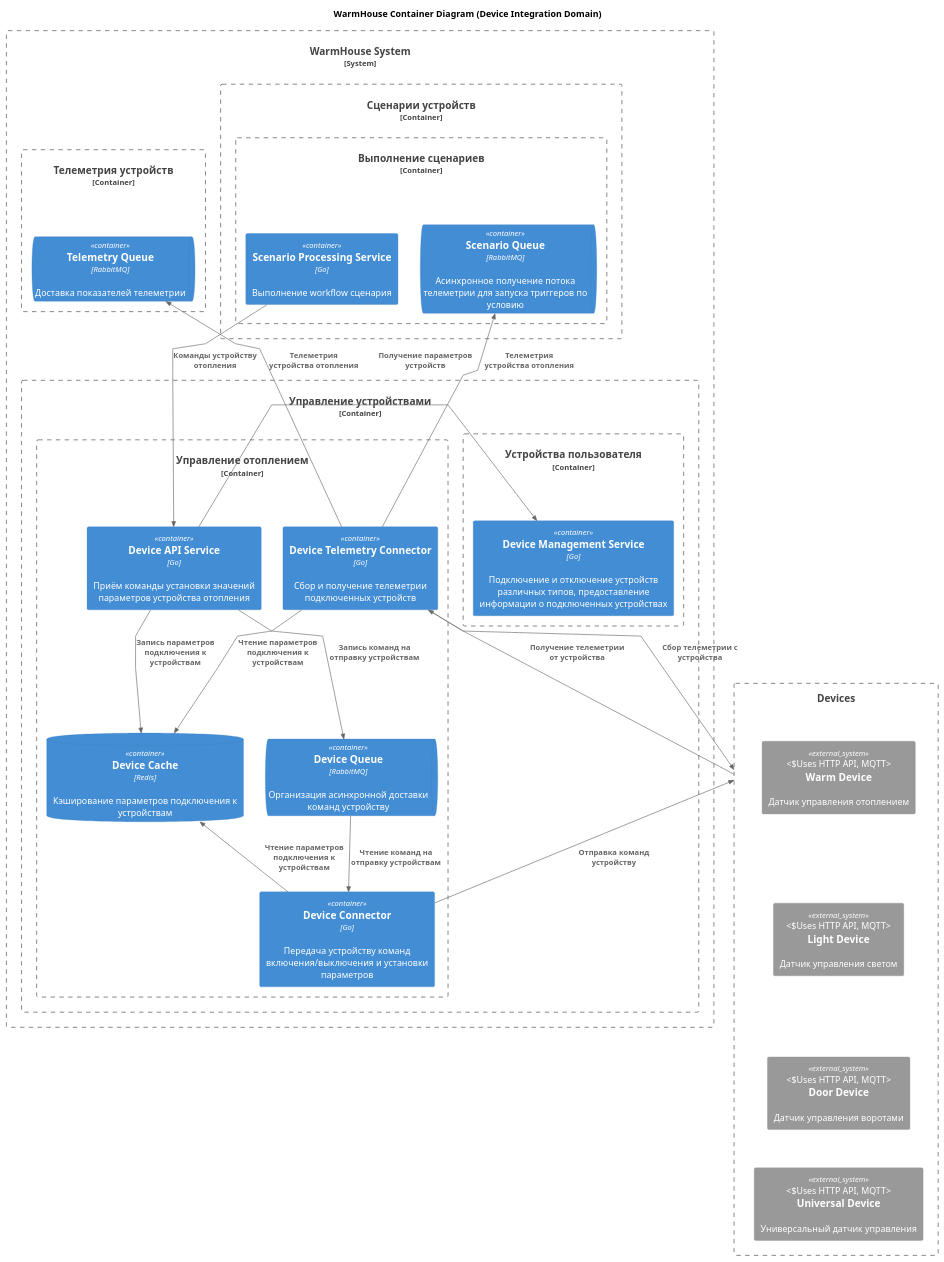
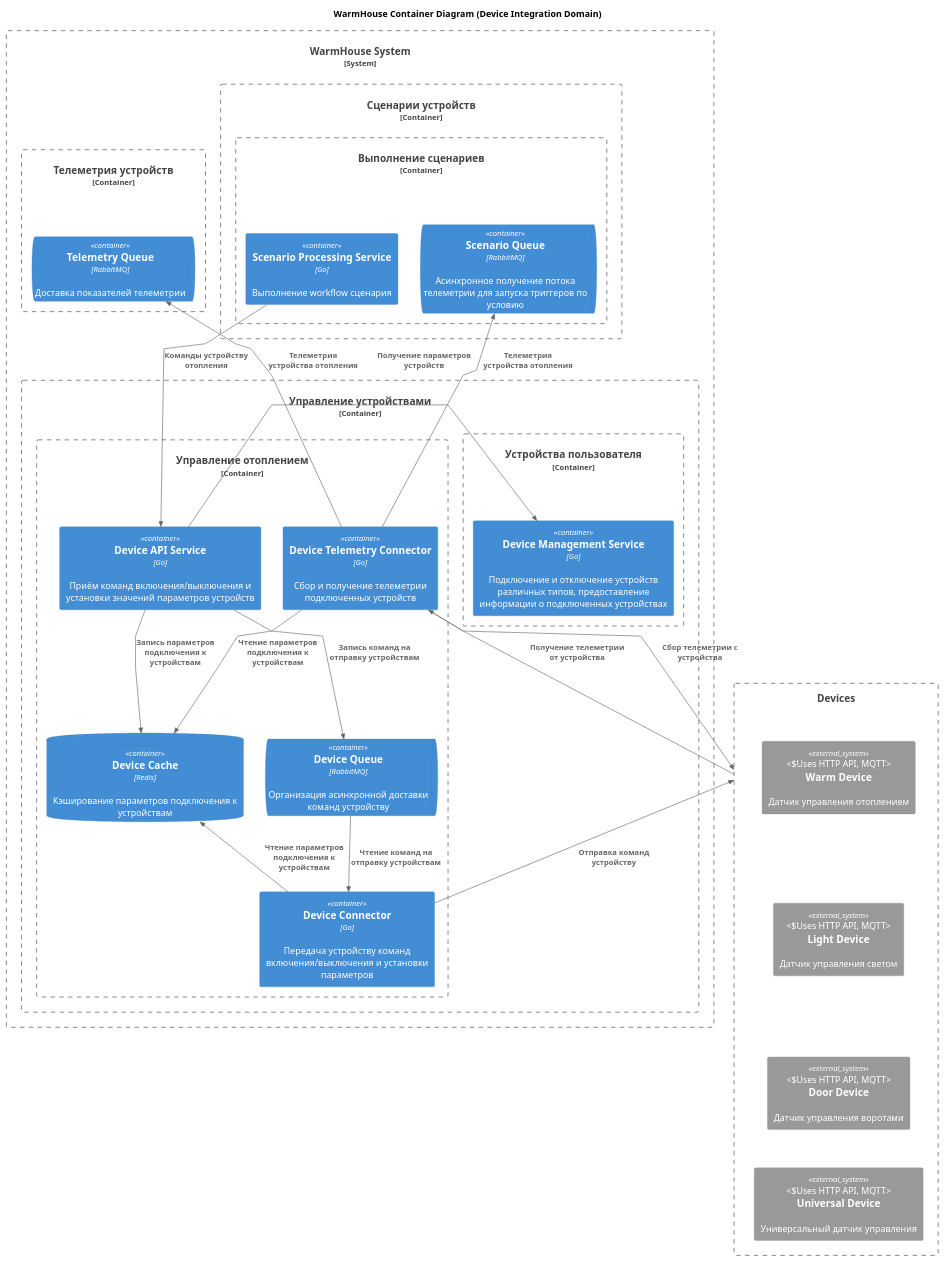
One commit to oreshkanet/ya-architecture-pro-warmhouse changed the diagram in diagrams/container/WarmHouse_Container_DeviceIntegrationDomain.puml. Above: the diagram before and after it, drawn with PlantUML. The commit also changed 18 other files, not shown here.

Commit message:
Container Diagrams

```diff
--- a/diagrams/container/WarmHouse_Container_DeviceIntegrationDomain.puml
+++ b/diagrams/container/WarmHouse_Container_DeviceIntegrationDomain.puml
@@ -1,69 +1,69 @@
 @startuml WarmHouse_Container_DeviceIntegrationDomain
 title WarmHouse Container Diagram (Device Integration Domain)
 
 !include ../c4/C4_Container.puml
 
 skinparam wrapWidth 300
 skinparam linetype polyline
 
 Boundary(Devices, "Devices") {
     System_Ext(WarmDevice, "Warm Device", "Датчик управления отоплением", "Uses HTTP API, MQTT")
     System_Ext(LightDevice, "Light Device", "Датчик управления светом", "Uses HTTP API, MQTT")
     System_Ext(DoorDevice, "Door Device", "Датчик управления воротами", "Uses HTTP API, MQTT")
     System_Ext(UniversalDevice, "Universal Device", "Универсальный датчик управления", "Uses HTTP API, MQTT")
 
     Lay_D(WarmDevice, LightDevice)
     Lay_D(LightDevice, DoorDevice)
     Lay_D(DoorDevice, UniversalDevice)
 }
 
 System_Boundary(WarmHouseSystem, "WarmHouse System") {
     Container_Boundary(DeviceDomain, "Управление устройствами") {
         Container_Boundary(UserDeviceDomain, "Устройства пользователя") {
             Container(DeviceManagementService, "Device Management Service", "Go", "Подключение и отключение устройств различных типов, предоставление информации о подключенных устройствах")
         }
     
         Container_Boundary(DeviceIntegrationDomain, "Управление отоплением") {
-            Container(DeviceAPIService, "Device API Service", "Go", "Приём команды установки значений параметров устройства отопления") 
+            Container(DeviceAPIService, "Device API Service", "Go", "Приём команд включения/выключения и установки значений параметров устройств") 
             ContainerQueue(DeviceQueue, "Device Queue", "RabbitMQ", "Организация асинхронной доставки команд устройству")
             ContainerDb(DeviceCache, "Device Cache", "Redis", "Кэширование параметров подключения к устройствам")
             Container(DeviceConnector, "Device Connector", "Go", "Передача устройству команд включения/выключения и установки параметров")
             Container(DeviceTelemetryConnector, "Device Telemetry Connector", "Go", "Сбор и получение телеметрии подключенных устройств")      
             
             Rel(DeviceAPIService, DeviceCache, "Запись параметров подключения к устройствам")
             Rel(DeviceAPIService, DeviceQueue, "Запись команд на отправку устройствам")
             Rel_U(DeviceConnector, DeviceCache, "Чтение параметров подключения к устройствам")
             Rel(DeviceTelemetryConnector, DeviceCache, "Чтение параметров подключения к устройствам")
             Rel(DeviceQueue, DeviceConnector, "Чтение команд на отправку устройствам")
         }
     }
 
     Container_Boundary(ScenarioDomain, "Сценарии устройств") {
         Container_Boundary(ScenarioProcessingDomain, "Выполнение сценариев") {
             Container(ScenarioProcessingService, "Scenario Processing Service", "Go", "Выполнение workflow сценария") 
             ContainerQueue(ScenarioQueueService, "Scenario Queue", "RabbitMQ", "Асинхронное получение потока телеметрии для запуска триггеров по условию")
         }
     }
   
     Container_Boundary(TelemetryDomain, "Телеметрия устройств") {
         ContainerQueue(TelemetryQueueService, "Telemetry Queue", "RabbitMQ", "Доставка показателей телеметрии")
     }
 }
 
 ' Взаимодействие с внешними устройствами
 Rel(DeviceConnector, Devices, "Отправка команд устройству")
 Rel(DeviceTelemetryConnector, Devices, "Сбор телеметрии с устройства")
 Rel(Devices, DeviceTelemetryConnector, "Получение телеметрии от устройства")
 
 ' Поддомен Device
 Rel_L(DeviceAPIService, DeviceManagementService, "Получение параметров устройств")
 
 ' Поддомен ScenarioProcessingDomain
 Rel_U(DeviceTelemetryConnector, ScenarioQueueService, "Телеметрия устройства отопления")
 Rel_D(ScenarioProcessingService, DeviceAPIService, "Команды устройству отопления")
 
 ' Поддомен TelemetryDomain
 Rel_U(DeviceTelemetryConnector, TelemetryQueueService, "Телеметрия устройства отопления")
 
 
 @enduml
```
